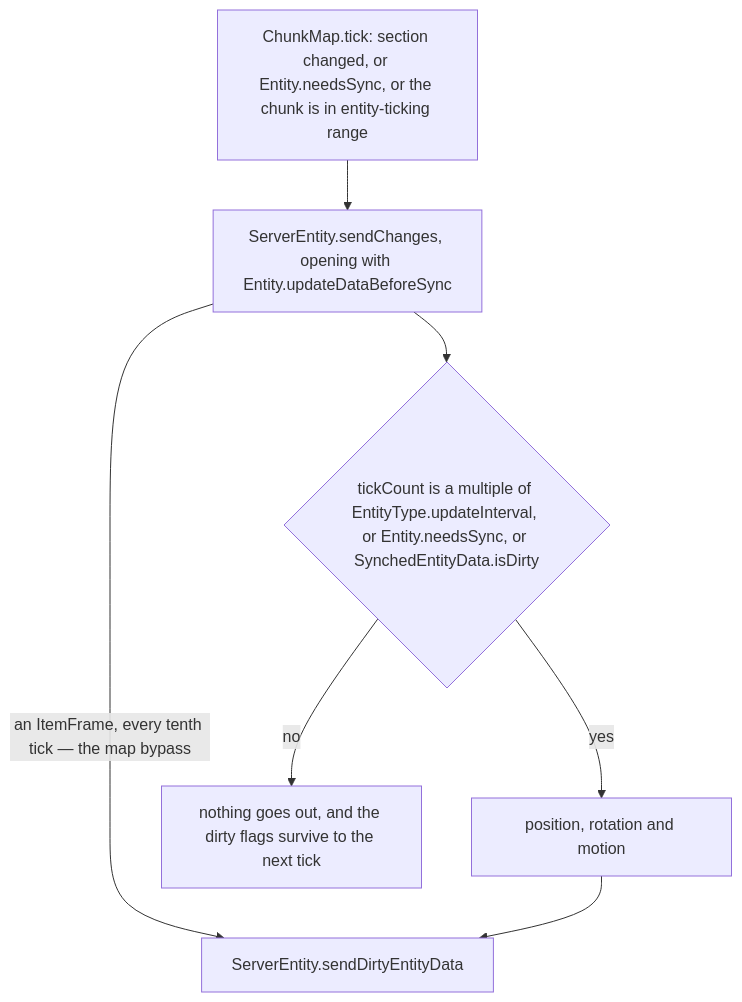
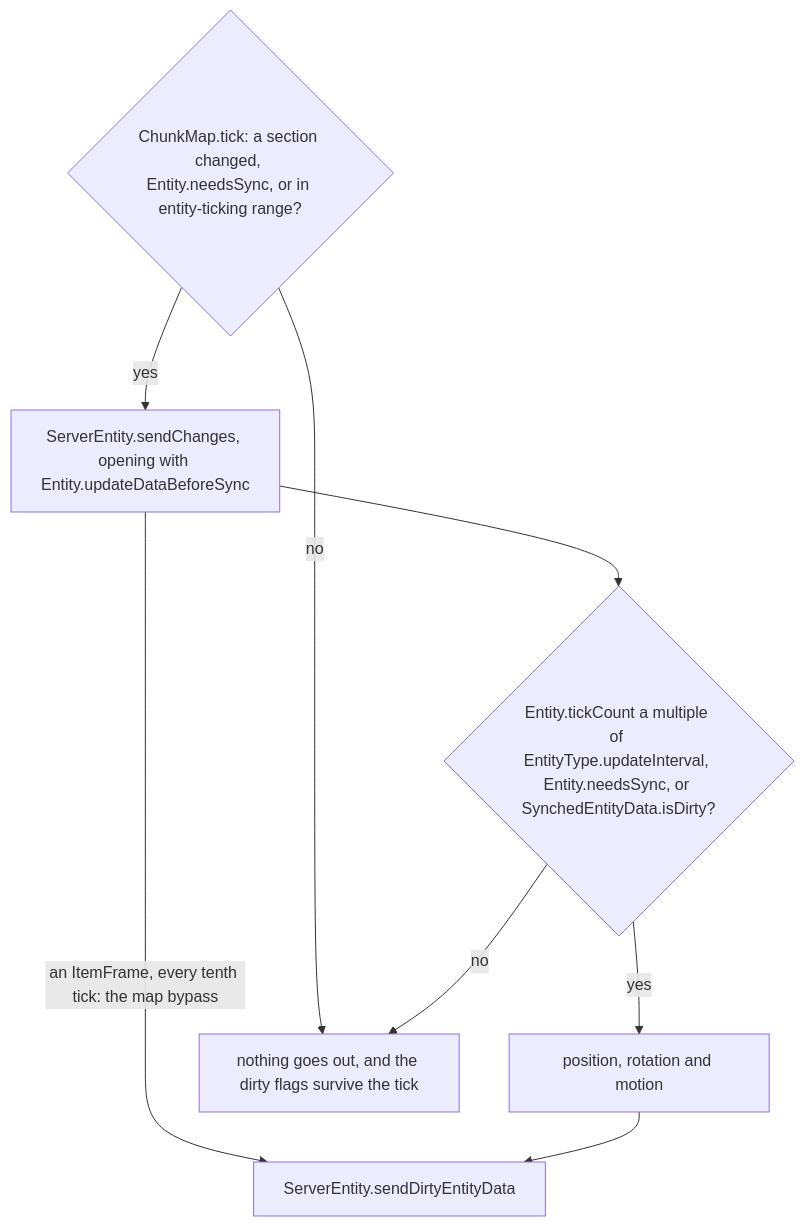
The third of 3 diagrams in src/systems/entities/synched-entity-data.md (AlexanderjFraser/MinecraftDocs), drawn with Mermaid before and after one commit. The commit also changed other lines of this file and 23 other files, not shown here.

````diff
--- a/src/systems/entities/synched-entity-data.md
+++ b/src/systems/entities/synched-entity-data.md
@@ -284,8 +314,17 @@
 ```mermaid
 flowchart TD
-    IN["ChunkMap.tick: section changed, or Entity.needsSync, or the chunk is in entity-ticking range"] --> SC["ServerEntity.sendChanges, opening with Entity.updateDataBeforeSync"]
-    SC -->|"an ItemFrame, every tenth tick — the map bypass"| DATA["ServerEntity.sendDirtyEntityData"]
-    SC --> GATE{"tickCount is a multiple of EntityType.updateInterval, or Entity.needsSync, or SynchedEntityData.isDirty"}
-    GATE -->|"yes"| SEND["position, rotation and motion"] --> DATA
-    GATE -->|"no"| HOLD["nothing goes out, and the dirty flags survive to the next tick"]
+    IN{"ChunkMap.tick: a section changed, Entity.needsSync, or in entity-ticking range?"}
+    SC["ServerEntity.sendChanges, opening with Entity.updateDataBeforeSync"]
+    GATE{"Entity.tickCount a multiple of EntityType.updateInterval, Entity.needsSync, or SynchedEntityData.isDirty?"}
+    SEND["position, rotation and motion"]
+    DATA["ServerEntity.sendDirtyEntityData"]
+    HOLD["nothing goes out, and the dirty flags survive the tick"]
+
+    IN -- "no" --> HOLD
+    IN -- "yes" --> SC
+    SC -- "an ItemFrame, every tenth tick: the map bypass" --> DATA
+    SC --> GATE
+    GATE -- "yes" --> SEND
+    SEND --> DATA
+    GATE -- "no" --> HOLD
 ```
````
